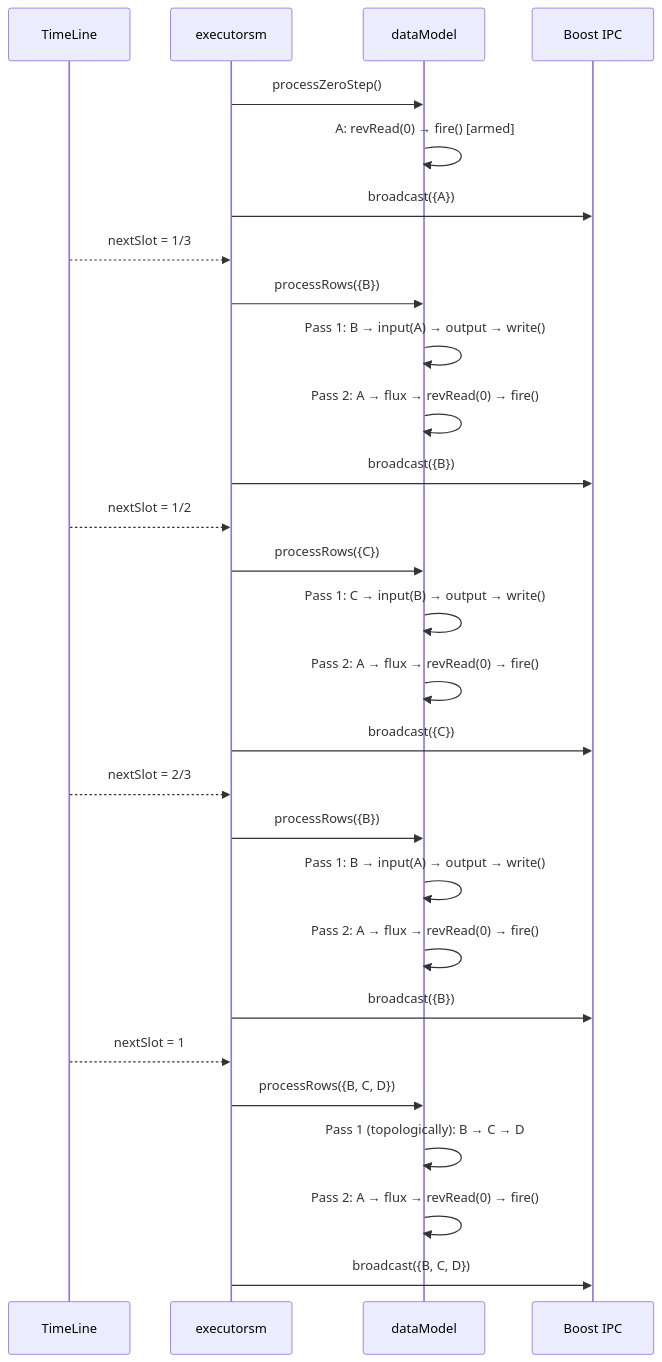
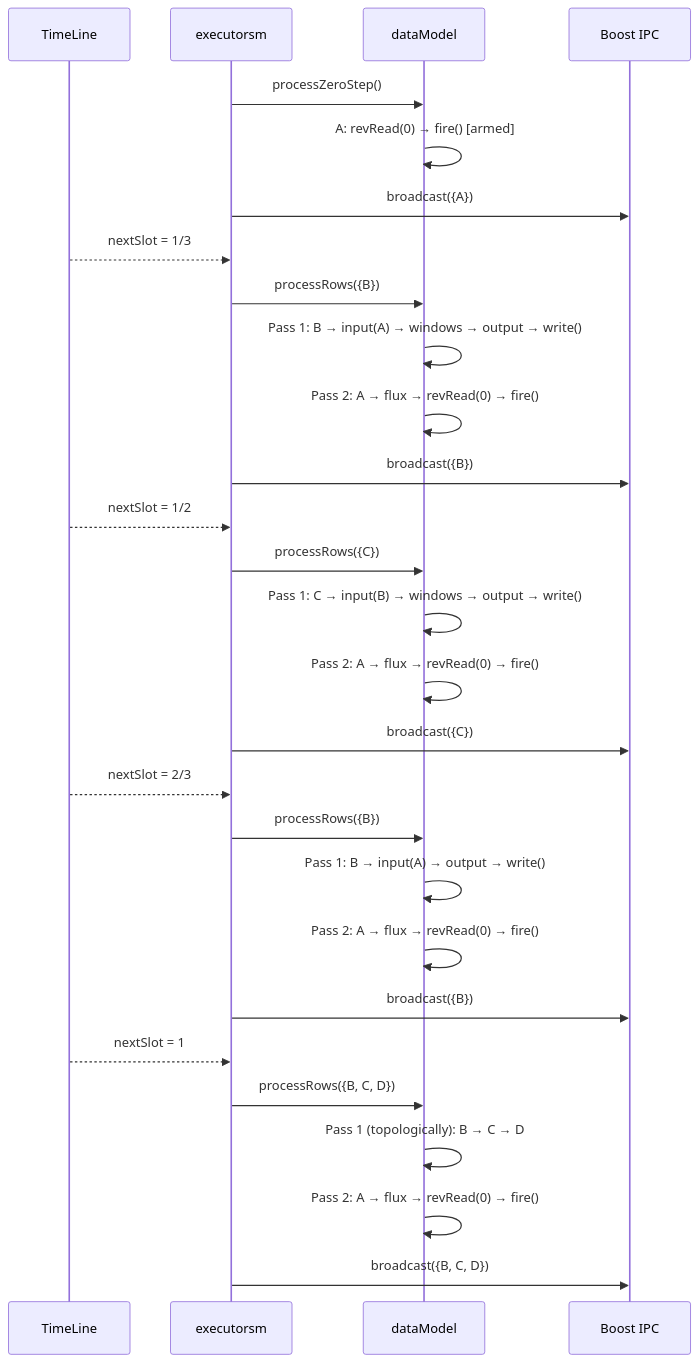
One commit to michalwidera/documentation-rdb changed the sixth of 6 diagrams in query-execution/query-tree-traversal-algorithm.md. Above: the diagram before and after it, drawn with Mermaid. The commit also changed other lines of this file and 8 other files, not shown here.

````diff
--- a/query-execution/query-tree-traversal-algorithm.md
+++ b/query-execution/query-tree-traversal-algorithm.md
@@ -179,35 +194,35 @@
 ```mermaid
 sequenceDiagram
     participant TL as TimeLine
     participant ES as executorsm
     participant DM as dataModel
     participant IPC as Boost IPC
 
     ES->>DM: processZeroStep()
     DM->>DM: A: revRead(0) → fire() [armed]
     ES->>IPC: broadcast({A})
 
     TL-->>ES: nextSlot = 1/3
     ES->>DM: processRows({B})
-    DM->>DM: Pass 1: B → input(A) → output → write()
+    DM->>DM: Pass 1: B → input(A) → windows → output → write()
     DM->>DM: Pass 2: A → flux → revRead(0) → fire()
     ES->>IPC: broadcast({B})
 
     TL-->>ES: nextSlot = 1/2
     ES->>DM: processRows({C})
-    DM->>DM: Pass 1: C → input(B) → output → write()
+    DM->>DM: Pass 1: C → input(B) → windows → output → write()
     DM->>DM: Pass 2: A → flux → revRead(0) → fire()
     ES->>IPC: broadcast({C})
 
     TL-->>ES: nextSlot = 2/3
     ES->>DM: processRows({B})
     DM->>DM: Pass 1: B → input(A) → output → write()
     DM->>DM: Pass 2: A → flux → revRead(0) → fire()
     ES->>IPC: broadcast({B})
 
     TL-->>ES: nextSlot = 1
     ES->>DM: processRows({B, C, D})
     DM->>DM: Pass 1 (topologically): B → C → D
     DM->>DM: Pass 2: A → flux → revRead(0) → fire()
     ES->>IPC: broadcast({B, C, D})
 ```
````
